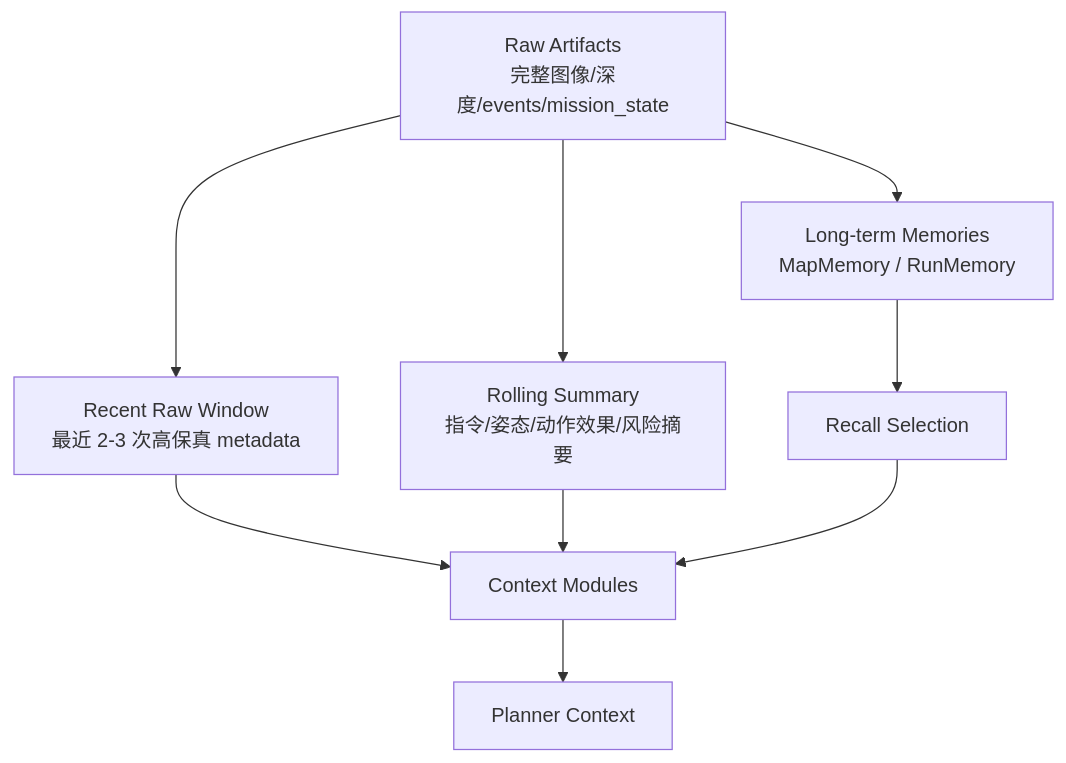
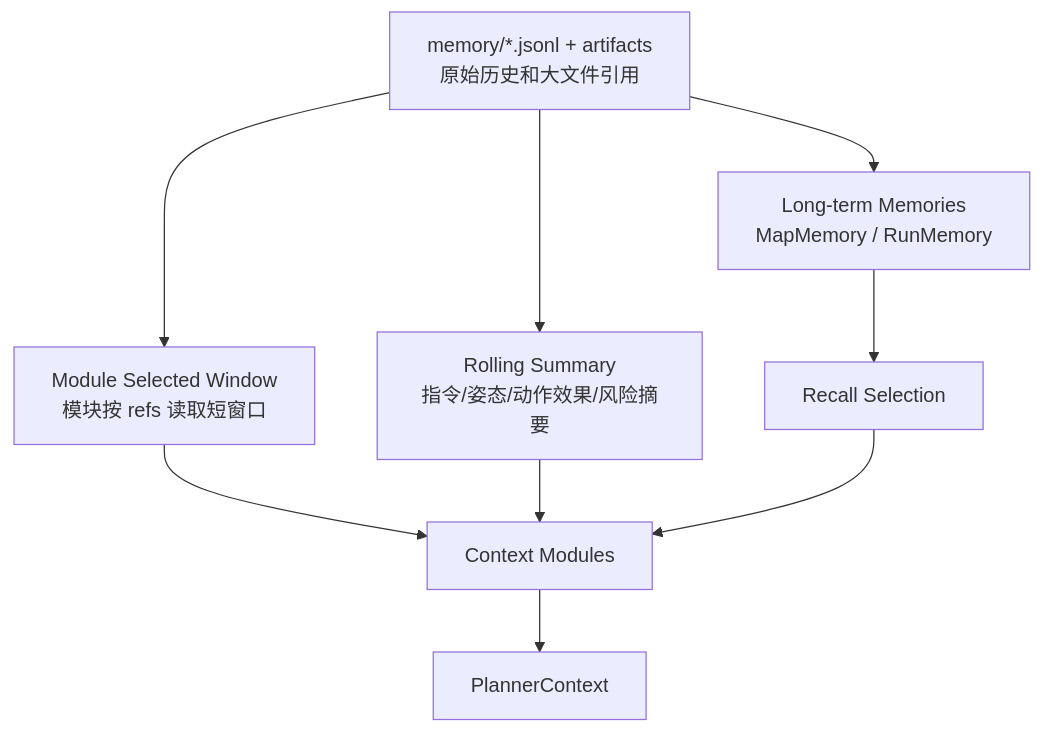
Before and after one commit to LZ6years/AeroPilot: the diagram in docs/memory_system/04_history_compression.md, drawn with Mermaid. The commit also changed other lines of this file and 92 other files, not shown here.

````diff
--- a/docs/memory_system/04_history_compression.md
+++ b/docs/memory_system/04_history_compression.md
@@ -9,12 +17,12 @@
 ```mermaid
 flowchart TD
-    A["Raw Artifacts<br/>完整图像/深度/events/mission_state"] --> B["Recent Raw Window<br/>最近 2-3 次高保真 metadata"]
+    A["memory/*.jsonl + artifacts<br/>原始历史和大文件引用"] --> B["Module Selected Window<br/>模块按 refs 读取短窗口"]
     A --> C["Rolling Summary<br/>指令/姿态/动作效果/风险摘要"]
     A --> D["Long-term Memories<br/>MapMemory / RunMemory"]
 
     B --> E["Context Modules"]
     C --> E
     D --> F["Recall Selection"]
     F --> E
-    E --> G["Planner Context"]
+    E --> G["PlannerContext"]
 ```
````
